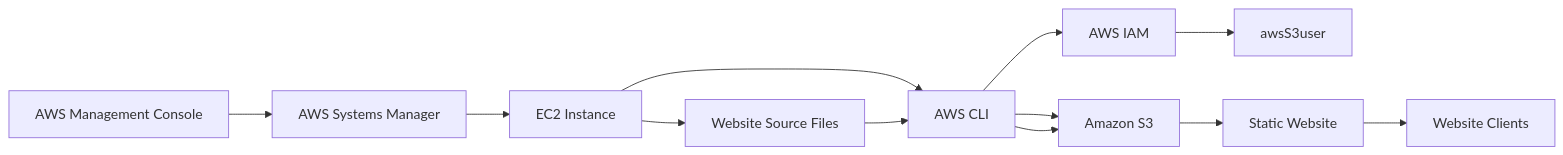
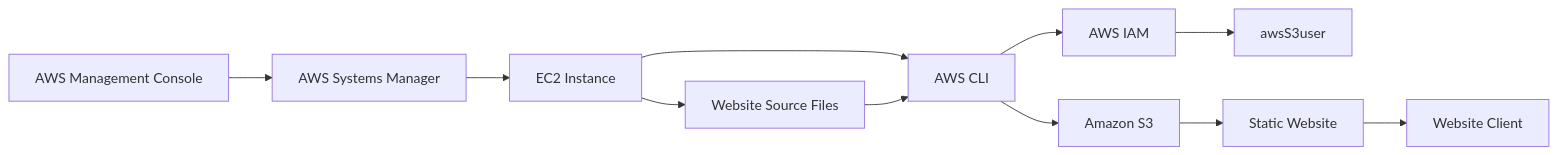
The first of 2 diagrams in 06-s3-website/README.md (laisrdrgs/cloud-labs), drawn with Mermaid before and after one commit. The commit also changed other lines of this file, not shown here.

````diff
--- a/06-s3-website/README.md
+++ b/06-s3-website/README.md
@@ -25,17 +23,17 @@
 ```mermaid
 flowchart LR
     A["AWS Management Console"] --> B["AWS Systems Manager"]
     B --> C["EC2 Instance"]
 
     C --> D["AWS CLI"]
+
     D --> E["AWS IAM"]
-    D --> F["Amazon S3"]
+    E --> F["awsS3user"]
 
-    E --> G["awsS3user"]
-    F --> H["Static Website"]
-    H --> I["Website Clients"]
+    D --> G["Amazon S3"]
+    G --> H["Static Website"]
+    H --> I["Website Client"]
 
     C --> J["Website Source Files"]
     J --> D
-    D --> F
 ```
````
